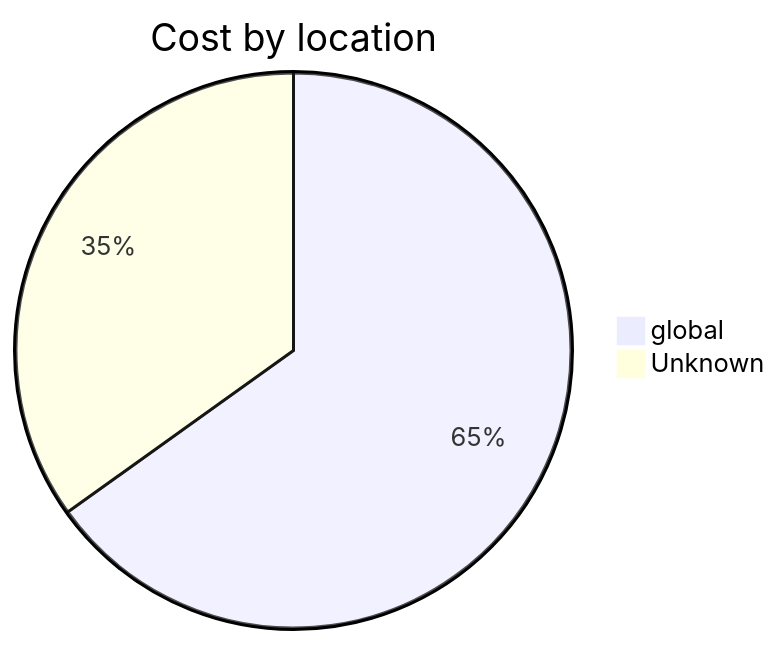
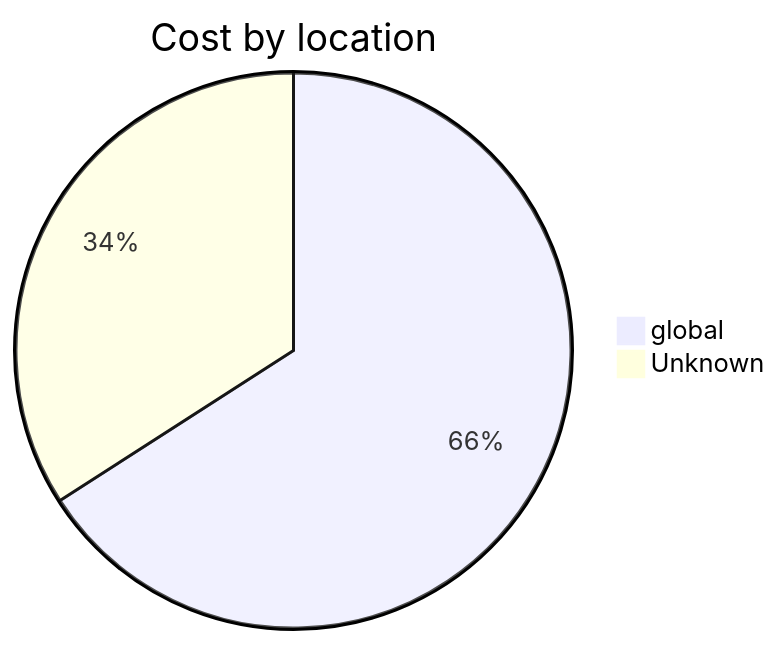
The third of 4 diagrams in cost-reports/personal-dns/jpatrickfulton.com.md (jpfulton/azure-personal-reports), drawn with Mermaid before and after one commit. The commit also changed other lines of this file and 2 other files, not shown here.

````diff
--- a/cost-reports/personal-dns/jpatrickfulton.com.md
+++ b/cost-reports/personal-dns/jpatrickfulton.com.md
@@ -108,6 +108,6 @@
 ```mermaid
 pie
    title Cost by location
-   "global" : 0.28
+   "global" : 0.29
    "Unknown" : 0.15
 ```
````
